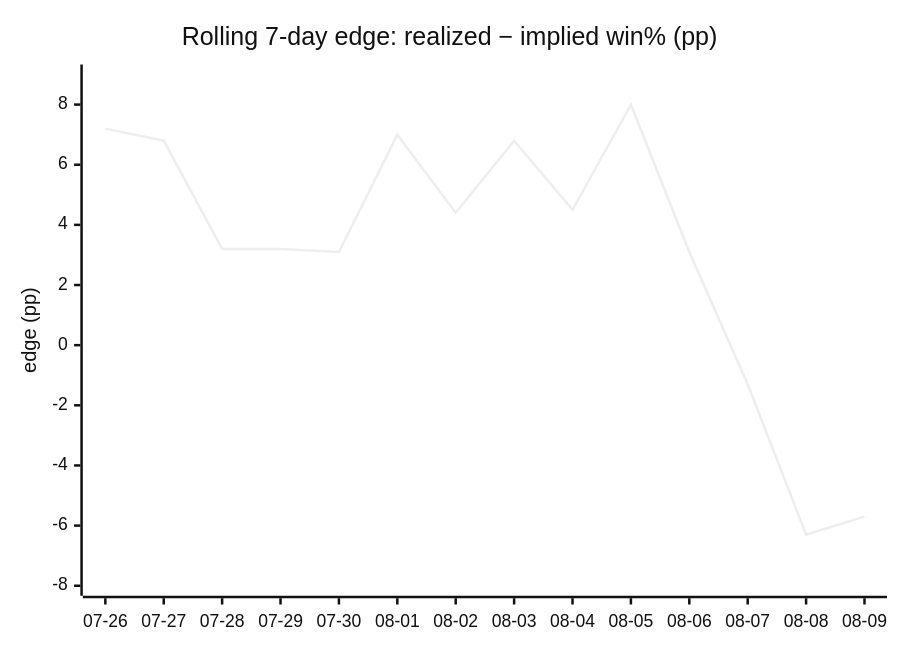
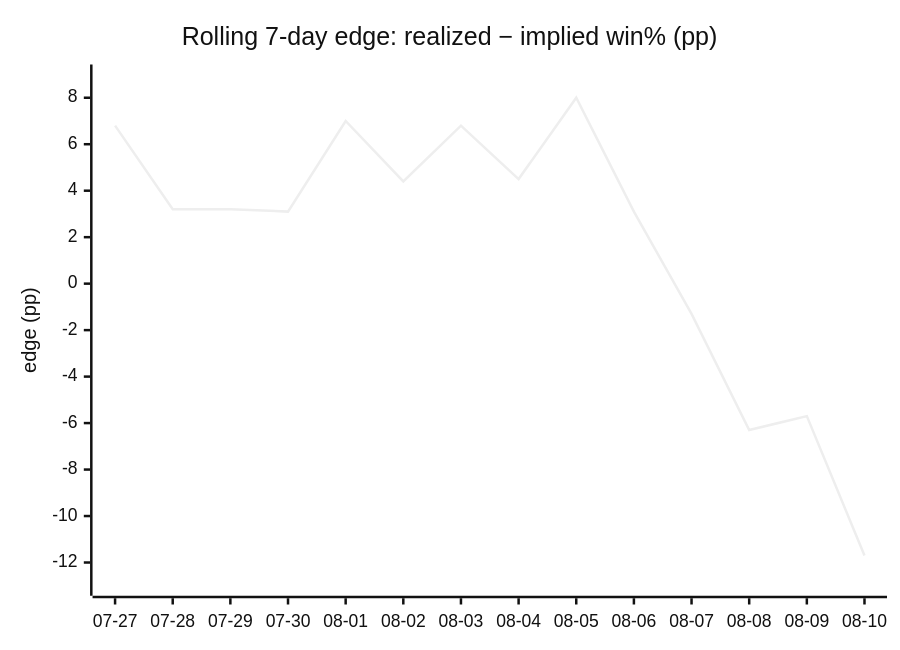
The fourth of 4 diagrams in DAILY_AGSU_REPORT.md (dpk1212/nhl-savant), drawn with Mermaid (neutral theme) before and after one commit. The commit also changed other lines of this file, not shown here.

````diff
--- a/DAILY_AGSU_REPORT.md
+++ b/DAILY_AGSU_REPORT.md
@@ -798,7 +795,7 @@
 ```mermaid
 xychart-beta
     title "Rolling 7-day edge: realized − implied win% (pp)"
-    x-axis ["07-26", "07-27", "07-28", "07-29", "07-30", "08-01", "08-02", "08-03", "08-04", "08-05", "08-06", "08-07", "08-08", "08-09"]
-    y-axis "edge (pp)" -8 --> 9
-    line [7.2, 6.8, 3.2, 3.2, 3.1, 7, 4.4, 6.8, 4.5, 8, 3.1, -1.3, -6.3, -5.7]
+    x-axis ["07-27", "07-28", "07-29", "07-30", "08-01", "08-02", "08-03", "08-04", "08-05", "08-06", "08-07", "08-08", "08-09", "08-10"]
+    y-axis "edge (pp)" -13 --> 9
+    line [6.8, 3.2, 3.2, 3.1, 7, 4.4, 6.8, 4.5, 8, 3.1, -1.3, -6.3, -5.7, -11.7]
 ```
````
